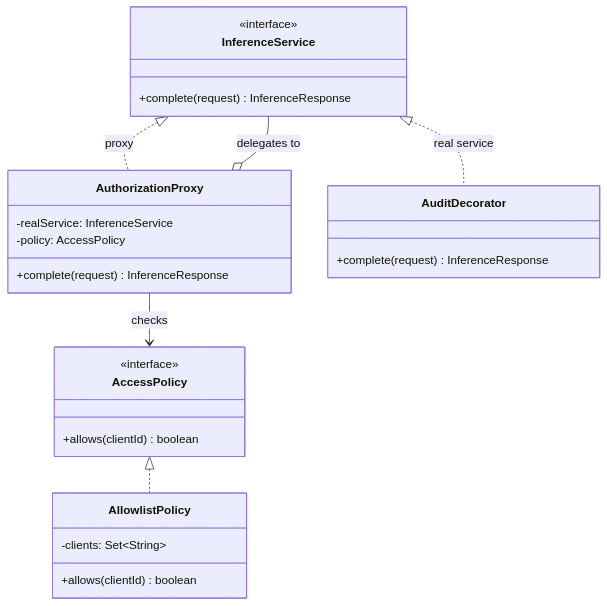
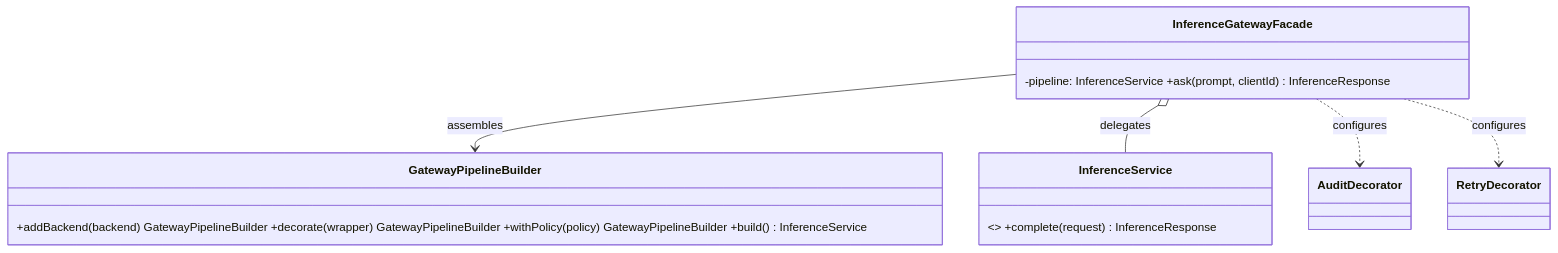
The fourth of 4 diagrams in lab3/REPORT.md (igortacu/tmps-labs), drawn with Mermaid before and after one commit. The commit also changed other lines of this file and 10 other files, not shown here.

````diff
--- a/lab3/REPORT.md
+++ b/lab3/REPORT.md
@@ -149,28 +144,12 @@
 ```mermaid
 classDiagram
-    class InferenceService {
-        <<interface>>
-        +complete(request) InferenceResponse
-    }
-    class AuthorizationProxy {
-        -realService: InferenceService
-        -policy: AccessPolicy
-        +complete(request) InferenceResponse
-    }
-    class AccessPolicy {
-        <<interface>>
-        +allows(clientId) boolean
-    }
-    class AllowlistPolicy {
-        -clients: Set~String~
-        +allows(clientId) boolean
-    }
-    class AuditDecorator {
-        +complete(request) InferenceResponse
-    }
-    InferenceService <|.. AuthorizationProxy : proxy
-    InferenceService <|.. AuditDecorator : real service
-    AuthorizationProxy o-- InferenceService : delegates to
-    AuthorizationProxy --> AccessPolicy : checks
-    AccessPolicy <|.. AllowlistPolicy
+  class InferenceGatewayFacade { -pipeline: InferenceService +ask(prompt, clientId) InferenceResponse }
+  class GatewayPipelineBuilder { +addBackend(backend) GatewayPipelineBuilder +decorate(wrapper) GatewayPipelineBuilder +withPolicy(policy) GatewayPipelineBuilder +build() InferenceService }
+  class InferenceService { <<interface>> +complete(request) InferenceResponse }
+  class AuditDecorator
+  class RetryDecorator
+  InferenceGatewayFacade --> GatewayPipelineBuilder : assembles
+  InferenceGatewayFacade o-- InferenceService : delegates
+  InferenceGatewayFacade ..> AuditDecorator : configures
+  InferenceGatewayFacade ..> RetryDecorator : configures
 ```
````
